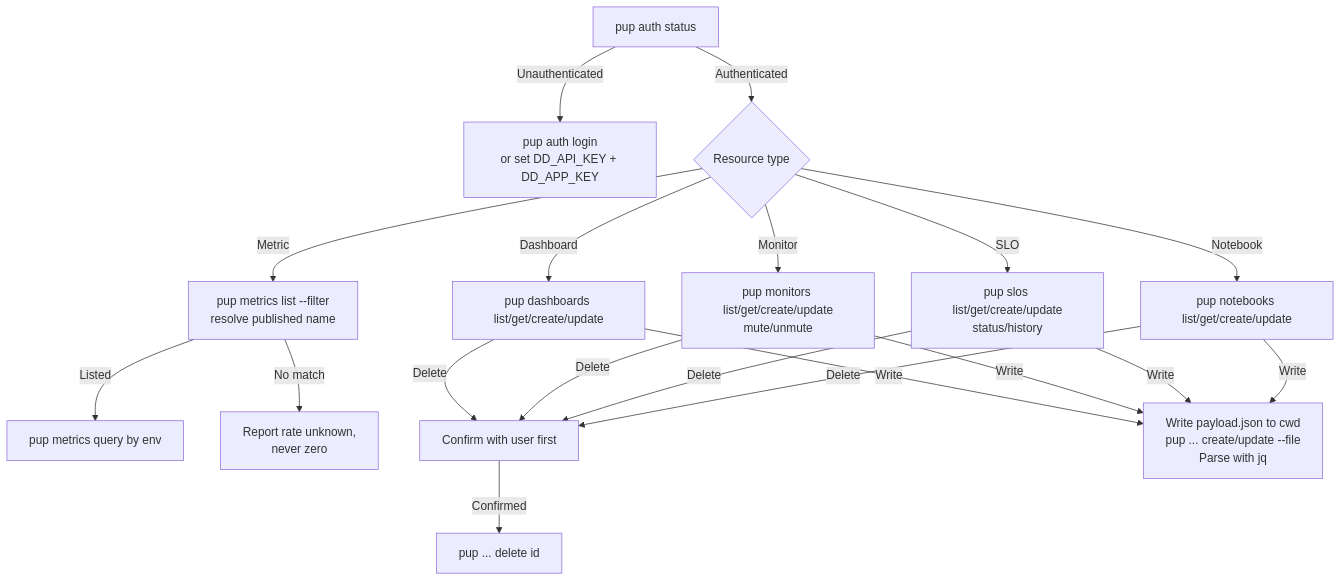
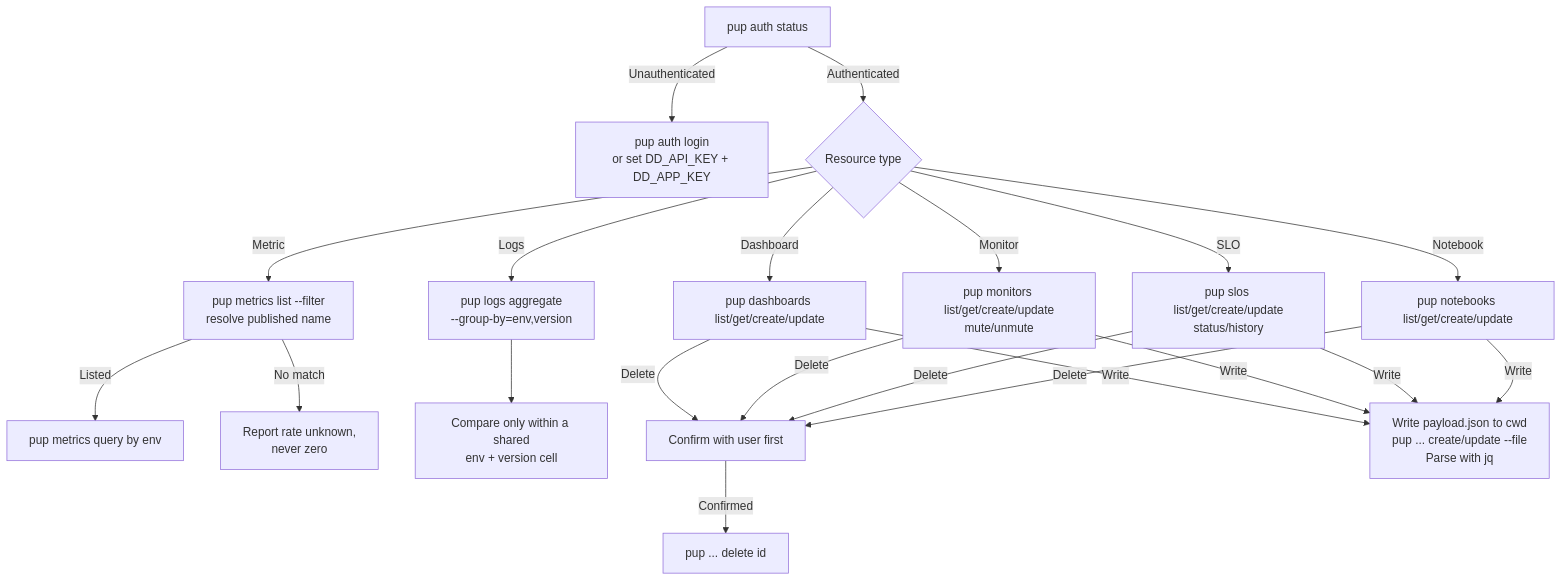
The diagram in skills/datadog/README.md (whizzzkid/skills), drawn with Mermaid before and after one commit. The commit also changed other lines of this file and 3 other files, not shown here.

First line of the commit message:
feat(datadog): 🛡️ split log counts by env and version before any causal claim

````diff
--- a/skills/datadog/README.md
+++ b/skills/datadog/README.md
@@ -16,15 +16,17 @@
 ```mermaid
 flowchart TD
     A[pup auth status] -->|Unauthenticated| B[pup auth login<br/>or set DD_API_KEY + DD_APP_KEY]
     A -->|Authenticated| C{Resource type}
     C -->|Dashboard| D[pup dashboards list/get/create/update]
     C -->|Monitor| E[pup monitors list/get/create/update<br/>mute/unmute]
     C -->|SLO| F[pup slos list/get/create/update<br/>status/history]
     C -->|Notebook| G[pup notebooks list/get/create/update]
     C -->|Metric| K[pup metrics list --filter<br/>resolve published name]
     K -->|Listed| L[pup metrics query by env]
     K -->|No match| M[Report rate unknown,<br/>never zero]
+    C -->|Logs| N["pup logs aggregate<br/>--group-by=env,version"]
+    N --> O["Compare only within a shared<br/>env + version cell"]
     D & E & F & G -->|Delete| H[Confirm with user first]
     H -->|Confirmed| I[pup ... delete id]
     D & E & F & G -->|Write| J[Write payload.json to cwd<br/>pup ... create/update --file<br/>Parse with jq]
 ```
````
